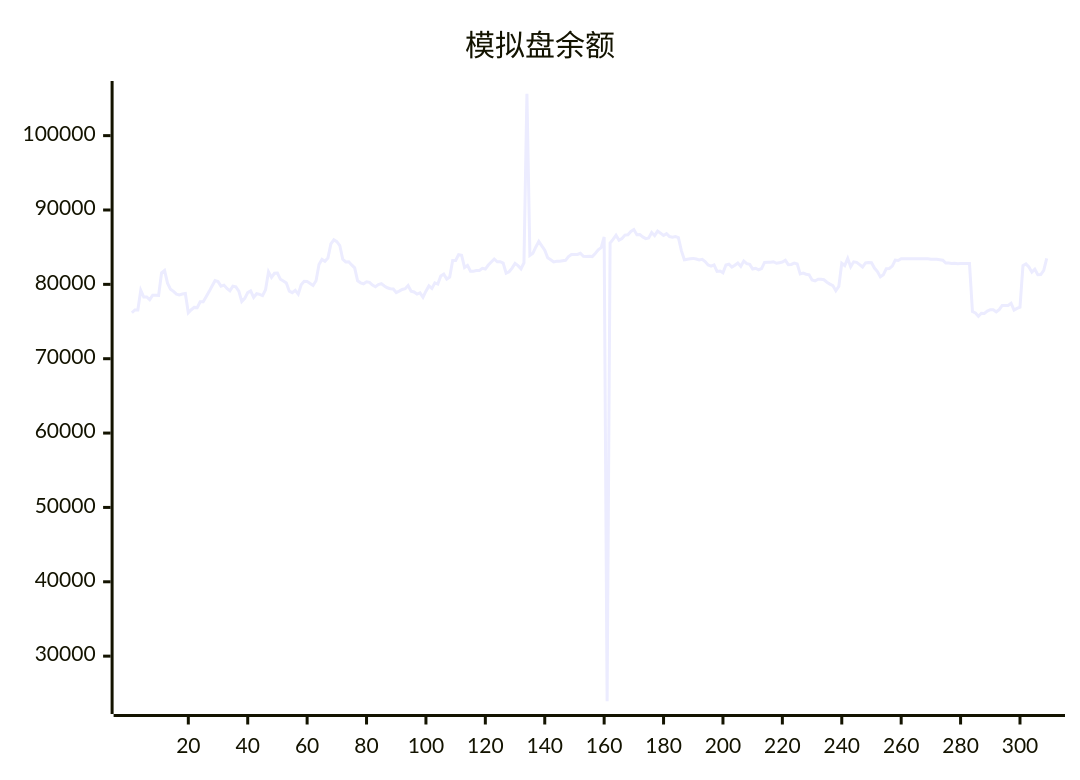
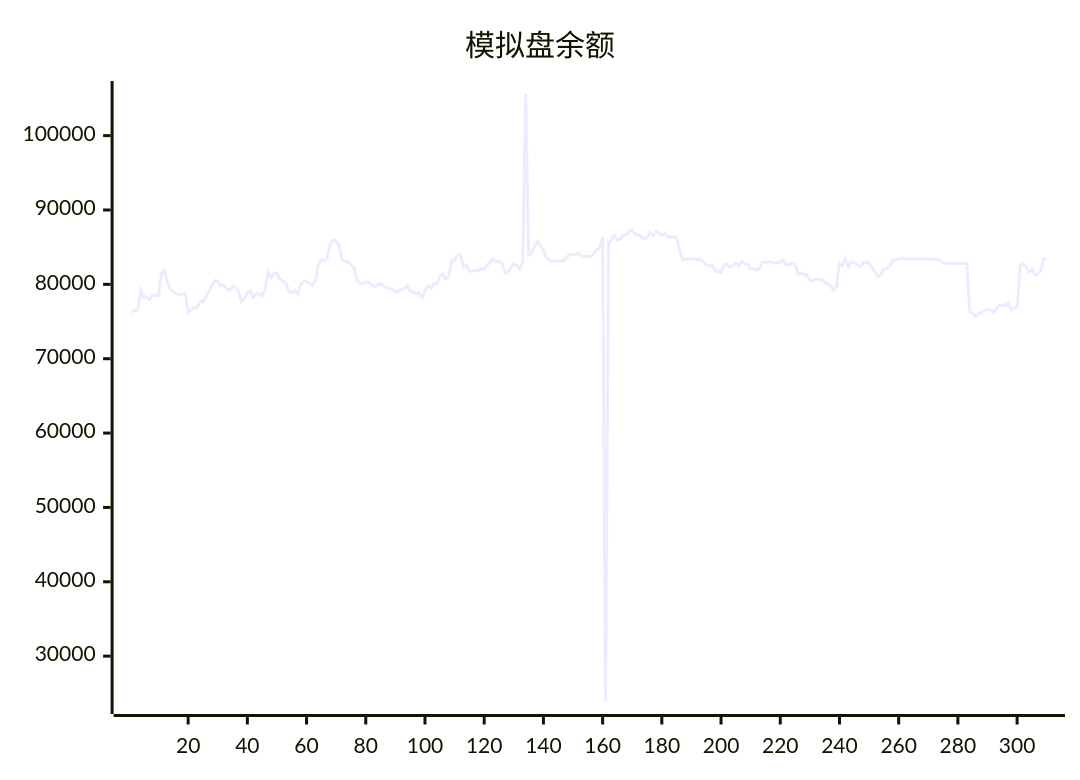
One commit to aahl/ai-trading changed the diagram in README.md. Above: the diagram before and after it, drawn with Mermaid. The commit also changed other lines of this file and 1 other file, not shown here.

````diff
--- a/README.md
+++ b/README.md
@@ -5,5 +5,5 @@
 ```mermaid
 xychart
     title "模拟盘余额"
-    line [76179,76553,76551,79196,78300,78300,77944,78531,78531,78521,81564,81884,80160,79335,79055,78675,78580,78708,78764,76179,76586,76902,76876,77658,77669,78346,79023,79769,80497,80366,79761,79896,79448,79126,79749,79658,79097,77695,78114,78888,79126,78249,78738,78653,78478,79271,81680,80923,81488,81527,80681,80455,80190,79084,78879,79193,78686,79954,80403,80374,80118,79848,80491,82665,83351,83098,83525,85430,85983,85737,85221,83378,83014,83043,82613,82216,80477,80208,80081,80348,80277,79894,79670,79965,80093,79786,79542,79406,79371,78893,79087,79304,79406,79841,79072,78978,78696,78846,78272,79085,79787,79442,80198,80031,81120,81379,80718,80985,83214,83212,83993,83921,82270,82547,81776,81776,81866,81866,82158,82061,82596,83000,83408,83041,83050,82858,81503,81691,82188,82812,82517,82092,82901,105633,83898,84180,85030,85781,85178,84604,83569,83298,83008,83093,83107,83175,83228,83729,84025,84017,84019,84177,83775,83762,83785,83738,84160,84639,84939,86370,23934,85548,86046,86599,85942,86161,86622,86664,87115,87369,86666,86685,86384,86152,86243,86969,86548,87164,86885,86566,86809,86427,86348,86417,86273,84538,83299,83369,83430,83490,83404,83270,83362,83056,82605,82459,82614,81734,81788,81551,82598,82702,82320,82580,82878,82426,83139,82778,82686,82056,82166,81963,82110,82951,82983,82984,83038,82838,82915,82998,83235,82642,82682,82858,82746,81396,81512,81362,81277,80600,80461,80699,80673,80616,80288,80038,79836,79142,79722,82837,82533,83480,82366,83032,82960,82654,82330,82883,82934,82901,82188,81728,81005,81298,82110,82135,82449,83264,83203,83440,83439,83440,83440,83446,83447,83448,83447,83448,83449,83369,83369,83369,83313,83256,82872,82873,82801,82844,82785,82791,82791,82793,82794,76339,76145,75714,76110,76096,76397,76594,76585,76310,76607,77160,77170,77160,77456,76541,76774,76927,82520,82744,82337,81639,82040,81307,81314,81887,83490]
+    line [76179,76553,76551,79196,78300,78300,77944,78531,78531,78521,81564,81884,80160,79335,79055,78675,78580,78708,78764,76179,76586,76902,76876,77658,77669,78346,79023,79769,80497,80366,79761,79896,79448,79126,79749,79658,79097,77695,78114,78888,79126,78249,78738,78653,78478,79271,81680,80923,81488,81527,80681,80455,80190,79084,78879,79193,78686,79954,80403,80374,80118,79848,80491,82665,83351,83098,83525,85430,85983,85737,85221,83378,83014,83043,82613,82216,80477,80208,80081,80348,80277,79894,79670,79965,80093,79786,79542,79406,79371,78893,79087,79304,79406,79841,79072,78978,78696,78846,78272,79085,79787,79442,80198,80031,81120,81379,80718,80985,83214,83212,83993,83921,82270,82547,81776,81776,81866,81866,82158,82061,82596,83000,83408,83041,83050,82858,81503,81691,82188,82812,82517,82092,82901,105633,83898,84180,85030,85781,85178,84604,83569,83298,83008,83093,83107,83175,83228,83729,84025,84017,84019,84177,83775,83762,83785,83738,84160,84639,84939,86370,23934,85548,86046,86599,85942,86161,86622,86664,87115,87369,86666,86685,86384,86152,86243,86969,86548,87164,86885,86566,86809,86427,86348,86417,86273,84538,83299,83369,83430,83490,83404,83270,83362,83056,82605,82459,82614,81734,81788,81551,82598,82702,82320,82580,82878,82426,83139,82778,82686,82056,82166,81963,82110,82951,82983,82984,83038,82838,82915,82998,83235,82642,82682,82858,82746,81396,81512,81362,81277,80600,80461,80699,80673,80616,80288,80038,79836,79142,79722,82837,82533,83480,82366,83032,82960,82654,82330,82883,82934,82901,82188,81728,81005,81298,82110,82135,82449,83264,83203,83440,83439,83440,83440,83446,83447,83448,83447,83448,83449,83369,83369,83369,83313,83256,82872,82873,82801,82844,82785,82791,82791,82793,82794,76339,76145,75714,76110,76096,76397,76594,76585,76310,76607,77160,77170,77160,77456,76541,76774,76927,82520,82744,82337,81639,82040,81307,81314,81887,83490,83414]
 ```
````
